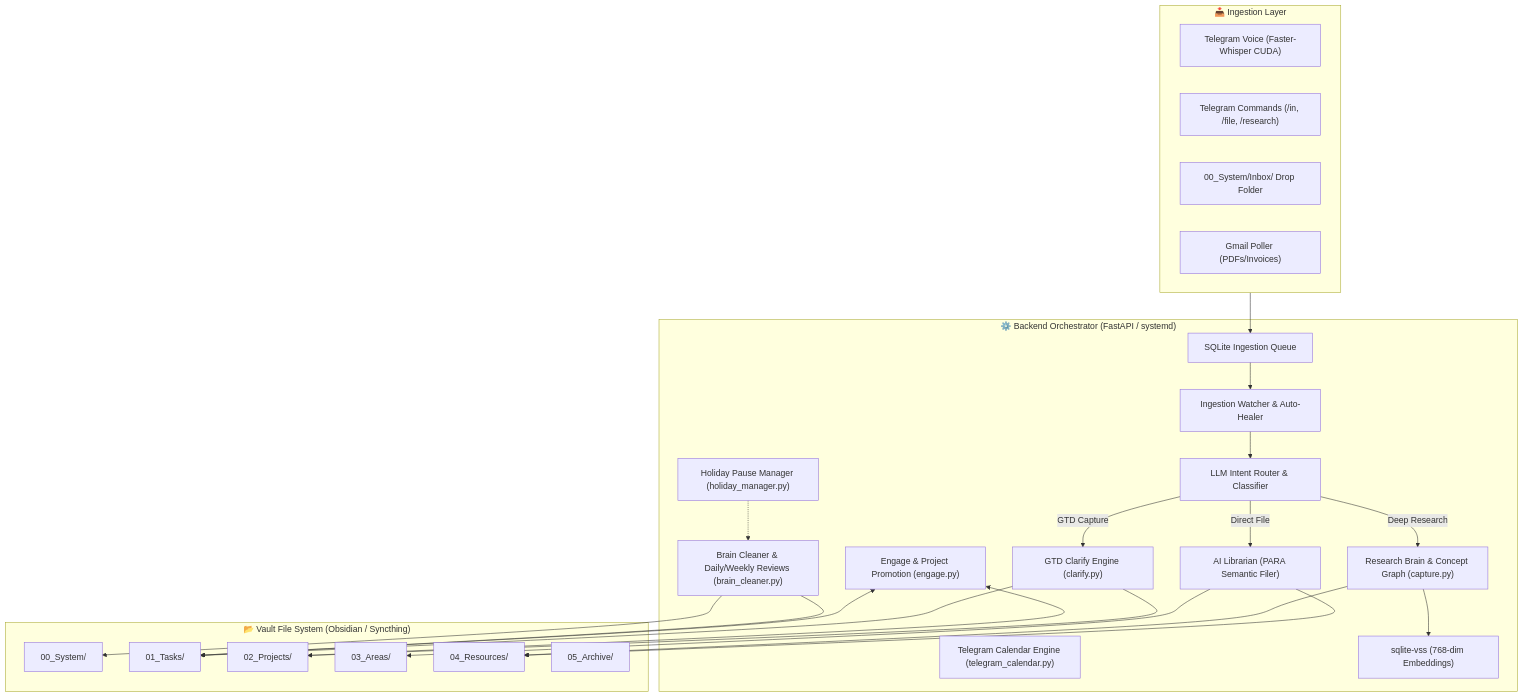
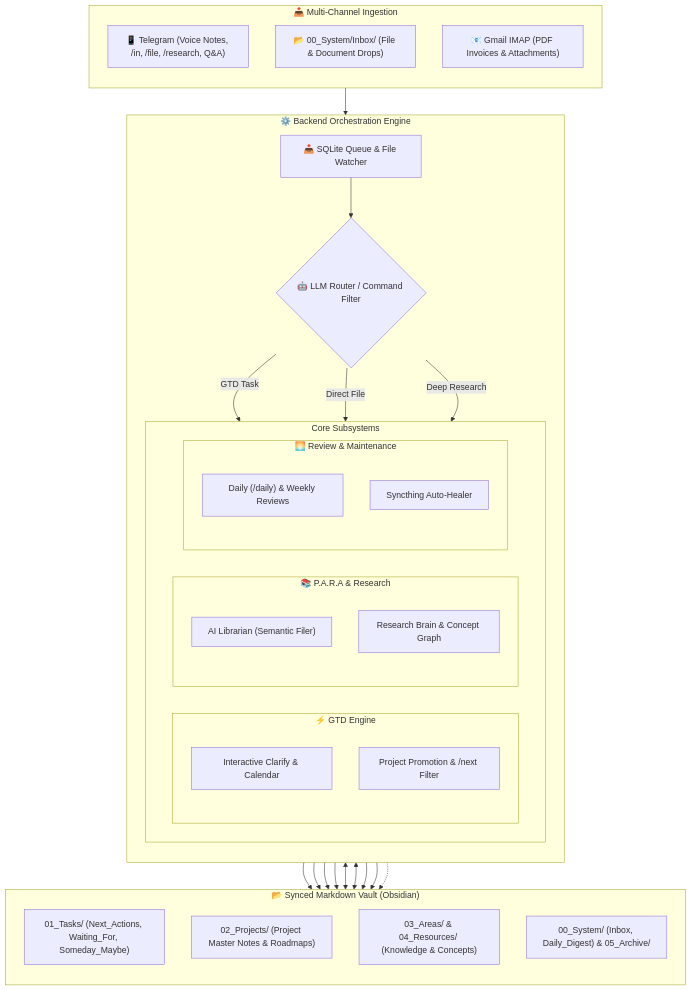
Before and after one commit to sdmeers/second_brain: the diagram in README.md, drawn with Mermaid. The commit also changed other lines of this file and 1 other file, not shown here.

Commit message:
docs: streamline architecture mermaid diagram into compact vertical layout and add Gmail to multi-channel capture

````diff
--- a/README.md
+++ b/README.md
@@ -148,41 +150,50 @@
 ```mermaid
 flowchart TD
-    subgraph Capture["📥 Ingestion Layer"]
-        TG_Voice["Telegram Voice (Faster-Whisper CUDA)"]
-        TG_Text["Telegram Commands (/in, /file, /research)"]
-        File_Drop["00_System/Inbox/ Drop Folder"]
-        Gmail["Gmail Poller (PDFs/Invoices)"]
+    subgraph Ingest["📥 Multi-Channel Ingestion"]
+        direction TB
+        TG["📱 Telegram (Voice Notes, /in, /file, /research, Q&A)"]
+        InboxDrop["📂 00_System/Inbox/ (File & Document Drops)"]
+        Gmail["📧 Gmail IMAP (PDF Invoices & Attachments)"]
     end
 
-    subgraph Core["⚙️ Backend Orchestrator (FastAPI / systemd)"]
-        Queue["SQLite Ingestion Queue"]
-        Watcher["Ingestion Watcher & Auto-Healer"]
-        Classifier["LLM Intent Router & Classifier"]
-        Clarifier["GTD Clarify Engine (clarify.py)"]
-        CalendarEngine["Telegram Calendar Engine (telegram_calendar.py)"]
-        EngageEngine["Engage & Project Promotion (engage.py)"]
-        Librarian["AI Librarian (PARA Semantic Filer)"]
-        ResearchEngine["Research Brain & Concept Graph (capture.py)"]
-        Cleaner["Brain Cleaner & Daily/Weekly Reviews (brain_cleaner.py)"]
-        HolidayEngine["Holiday Pause Manager (holiday_manager.py)"]
-        VectorDB["sqlite-vss (768-dim Embeddings)"]
+    subgraph Pipeline["⚙️ Backend Orchestration Engine"]
+        direction TB
+        Queue["📥 SQLite Queue & File Watcher"]
+        Classifier{"🤖 LLM Router / Command Filter"}
+        
+        subgraph Subsystems["Core Subsystems"]
+            direction LR
+            subgraph GTD_Col["⚡ GTD Engine"]
+                direction TB
+                Clarify["Interactive Clarify & Calendar"]
+                Engage["Project Promotion & /next Filter"]
+            end
+            subgraph PARA_Col["📚 P.A.R.A & Research"]
+                direction TB
+                Librarian["AI Librarian (Semantic Filer)"]
+                Research["Research Brain & Concept Graph"]
+            end
+            subgraph Ops_Col["🌅 Review & Maintenance"]
+                direction TB
+                Reviews["Daily (/daily) & Weekly Reviews"]
+                AutoHealer["Syncthing Auto-Healer"]
+            end
+        end
     end
 
-    subgraph Storage["📂 Vault File System (Obsidian / Syncthing)"]
-        System_Dir["00_System/"]
-        Tasks_Dir["01_Tasks/"]
-        Projects_Dir["02_Projects/"]
-        Areas_Dir["03_Areas/"]
-        Resources_Dir["04_Resources/"]
-        Archive_Dir["05_Archive/"]
+    subgraph Vault["📂 Synced Markdown Vault (Obsidian)"]
+        direction TB
+        S_Tasks["01_Tasks/ (Next_Actions, Waiting_For, Someday_Maybe)"]
+        S_Proj["02_Projects/ (Project Master Notes & Roadmaps)"]
+        S_Para["03_Areas/ & 04_Resources/ (Knowledge & Concepts)"]
+        S_Sys["00_System/ (Inbox, Daily_Digest) & 05_Archive/"]
     end
 
-    Capture --> Queue --> Watcher
-    Watcher --> Classifier
-    Classifier -->|GTD Capture| Clarifier --> Tasks_Dir & Projects_Dir
-    Classifier -->|Direct File| Librarian --> Areas_Dir & Resources_Dir
-    Classifier -->|Deep Research| ResearchEngine --> Resources_Dir & VectorDB
-    EngageEngine <--> Tasks_Dir & Projects_Dir
-    Cleaner --> System_Dir & Tasks_Dir
-    HolidayEngine -.-> Cleaner
+    Ingest --> Queue --> Classifier
+    Classifier -->|GTD Task| Clarify --> S_Tasks & S_Proj
+    Classifier -->|Direct File| Librarian --> S_Para
+    Classifier -->|Deep Research| Research --> S_Para
+    Engage <--> S_Tasks & S_Proj
+    Reviews --> S_Sys & S_Tasks
+    AutoHealer -.-> S_Tasks
 ```
````
